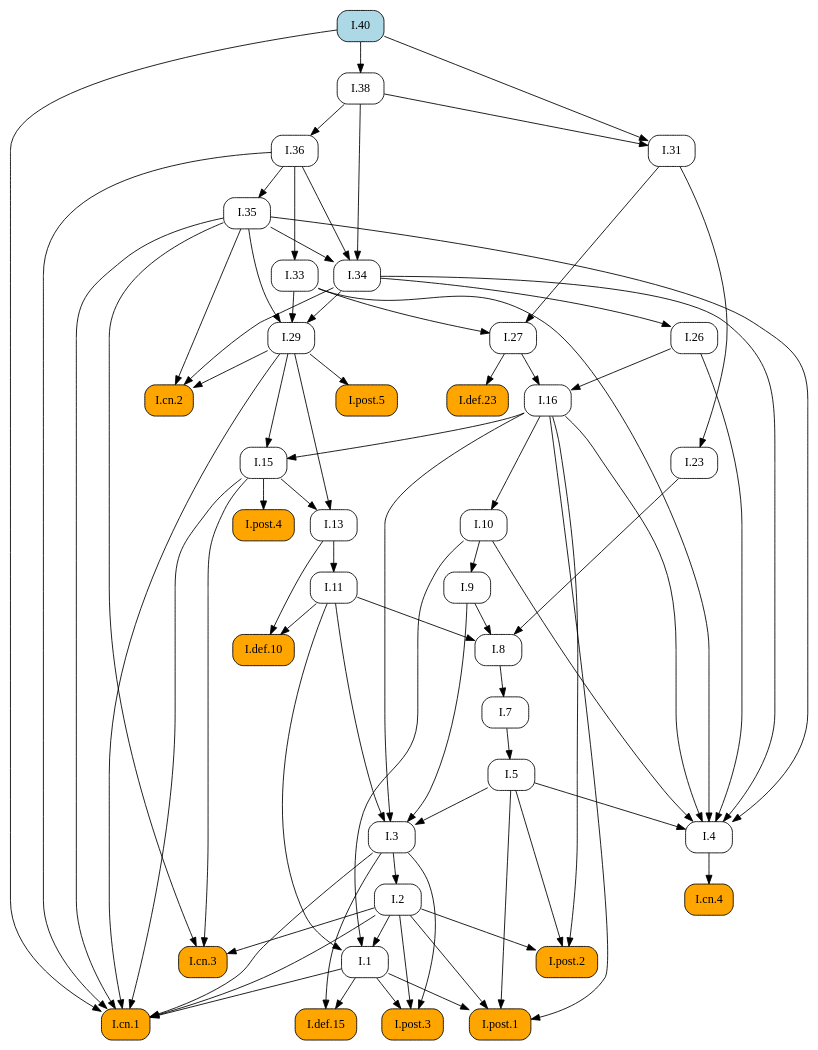
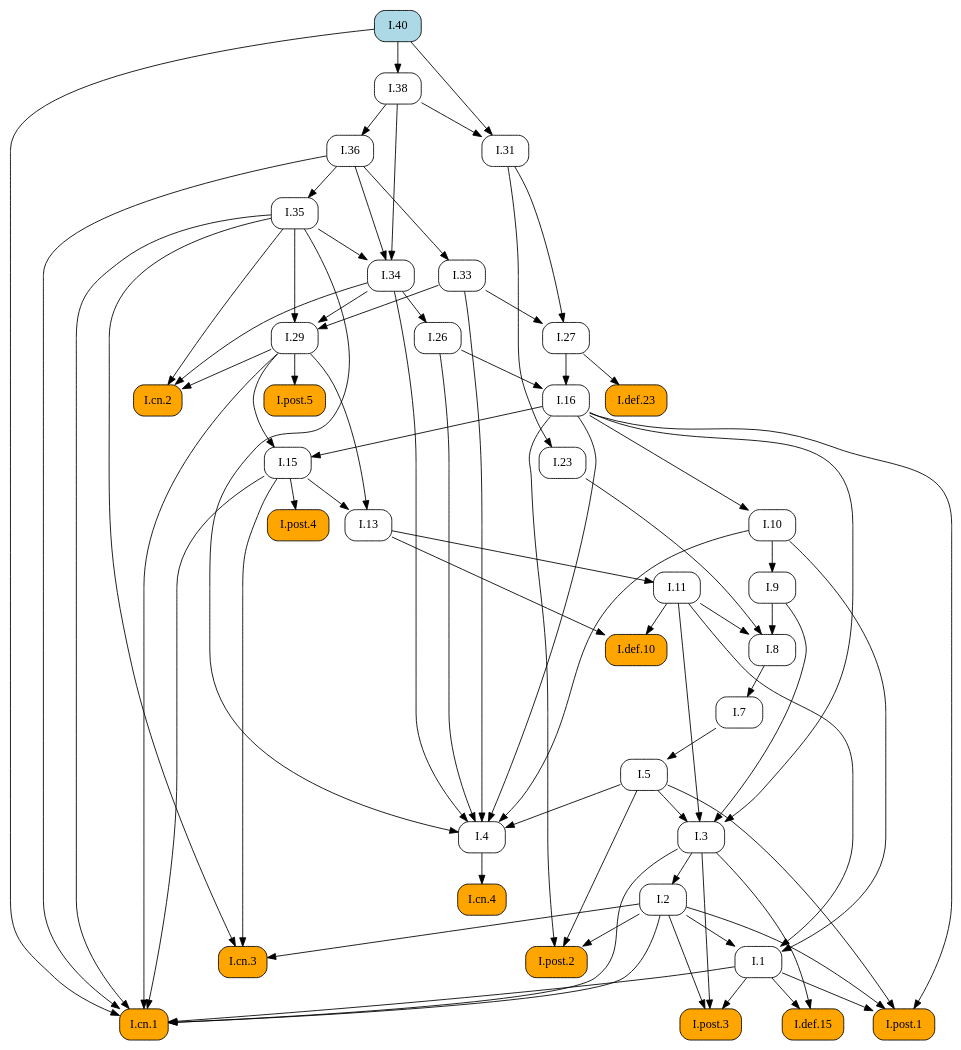
The diagram in docsrc/elements2/I/40/index.rst (geometor/elements), drawn with Graphviz before and after one commit. The commit also changed other lines of this file and 171 other files, not shown here.

```diff
--- a/docsrc/elements2/I/40/index.rst
+++ b/docsrc/elements2/I/40/index.rst
@@ -54,100 +54,82 @@
    digraph {
      rankdir="TB";
      node [shape=box, style=rounded];
+     "I.8" [URL="/elements2/I/8/", target="_top"];
+     "I.36" [URL="/elements2/I/36/", target="_top"];
+     "I.post.1" [style="rounded,filled", fillcolor=orange, URL="/elements2/I/post.1/", target="_top"];
+     "I.33" [URL="/elements2/I/33/", target="_top"];
+     "I.5" [URL="/elements2/I/5/", target="_top"];
+     "I.38" [URL="/elements2/I/38/", target="_top"];
+     "I.post.5" [style="rounded,filled", fillcolor=orange, URL="/elements2/I/post.5/", target="_top"];
      "I.def.10" [style="rounded,filled", fillcolor=orange, URL="/elements2/I/def.10/", target="_top"];
+     "I.cn.2" [style="rounded,filled", fillcolor=orange, URL="/elements2/I/cn.2/", target="_top"];
+     "I.def.15" [style="rounded,filled", fillcolor=orange, URL="/elements2/I/def.15/", target="_top"];
+     "I.31" [URL="/elements2/I/31/", target="_top"];
+     "I.11" [URL="/elements2/I/11/", target="_top"];
+     "I.3" [URL="/elements2/I/3/", target="_top"];
+     "I.def.23" [style="rounded,filled", fillcolor=orange, URL="/elements2/I/def.23/", target="_top"];
+     "I.post.2" [style="rounded,filled", fillcolor=orange, URL="/elements2/I/post.2/", target="_top"];
+     "I.26" [URL="/elements2/I/26/", target="_top"];
+     "I.cn.3" [style="rounded,filled", fillcolor=orange, URL="/elements2/I/cn.3/", target="_top"];
+     "I.cn.4" [style="rounded,filled", fillcolor=orange, URL="/elements2/I/cn.4/", target="_top"];
+     "I.1" [URL="/elements2/I/1/", target="_top"];
+     "I.7" [URL="/elements2/I/7/", target="_top"];
+     "I.9" [URL="/elements2/I/9/", target="_top"];
+     "I.40" [style="rounded,filled", fillcolor=lightblue, URL="/elements2/I/40/", target="_top"];
+     "I.cn.1" [style="rounded,filled", fillcolor=orange, URL="/elements2/I/cn.1/", target="_top"];
+     "I.29" [URL="/elements2/I/29/", target="_top"];
+     "I.16" [URL="/elements2/I/16/", target="_top"];
+     "I.post.4" [style="rounded,filled", fillcolor=orange, URL="/elements2/I/post.4/", target="_top"];
+     "I.13" [URL="/elements2/I/13/", target="_top"];
+     "I.35" [URL="/elements2/I/35/", target="_top"];
+     "I.2" [URL="/elements2/I/2/", target="_top"];
+     "I.27" [URL="/elements2/I/27/", target="_top"];
+     "I.4" [URL="/elements2/I/4/", target="_top"];
+     "I.10" [URL="/elements2/I/10/", target="_top"];
+     "I.15" [URL="/elements2/I/15/", target="_top"];
      "I.34" [URL="/elements2/I/34/", target="_top"];
-     "I.cn.4" [style="rounded,filled", fillcolor=orange, URL="/elements2/I/cn.4/", target="_top"];
-     "I.def.15" [style="rounded,filled", fillcolor=orange, URL="/elements2/I/def.15/", target="_top"];
+     "I.23" [URL="/elements2/I/23/", target="_top"];
      "I.post.3" [style="rounded,filled", fillcolor=orange, URL="/elements2/I/post.3/", target="_top"];
-     "I.36" [URL="/elements2/I/36/", target="_top"];
-     "I.27" [URL="/elements2/I/27/", target="_top"];
-     "I.post.2" [style="rounded,filled", fillcolor=orange, URL="/elements2/I/post.2/", target="_top"];
-     "I.13" [URL="/elements2/I/13/", target="_top"];
-     "I.10" [URL="/elements2/I/10/", target="_top"];
-     "I.post.1" [style="rounded,filled", fillcolor=orange, URL="/elements2/I/post.1/", target="_top"];
-     "I.7" [URL="/elements2/I/7/", target="_top"];
-     "I.11" [URL="/elements2/I/11/", target="_top"];
-     "I.40" [style="rounded,filled", fillcolor=lightblue, URL="/elements2/I/40/", target="_top"];
-     "I.4" [URL="/elements2/I/4/", target="_top"];
-     "I.16" [URL="/elements2/I/16/", target="_top"];
-     "I.def.23" [style="rounded,filled", fillcolor=orange, URL="/elements2/I/def.23/", target="_top"];
-     "I.9" [URL="/elements2/I/9/", target="_top"];
-     "I.38" [URL="/elements2/I/38/", target="_top"];
-     "I.8" [URL="/elements2/I/8/", target="_top"];
-     "I.23" [URL="/elements2/I/23/", target="_top"];
-     "I.26" [URL="/elements2/I/26/", target="_top"];
-     "I.cn.2" [style="rounded,filled", fillcolor=orange, URL="/elements2/I/cn.2/", target="_top"];
-     "I.15" [URL="/elements2/I/15/", target="_top"];
-     "I.post.5" [style="rounded,filled", fillcolor=orange, URL="/elements2/I/post.5/", target="_top"];
-     "I.2" [URL="/elements2/I/2/", target="_top"];
-     "I.1" [URL="/elements2/I/1/", target="_top"];
-     "I.35" [URL="/elements2/I/35/", target="_top"];
-     "I.33" [URL="/elements2/I/33/", target="_top"];
-     "I.31" [URL="/elements2/I/31/", target="_top"];
-     "I.post.4" [style="rounded,filled", fillcolor=orange, URL="/elements2/I/post.4/", target="_top"];
-     "I.cn.1" [style="rounded,filled", fillcolor=orange, URL="/elements2/I/cn.1/", target="_top"];
-     "I.3" [URL="/elements2/I/3/", target="_top"];
-     "I.cn.3" [style="rounded,filled", fillcolor=orange, URL="/elements2/I/cn.3/", target="_top"];
-     "I.29" [URL="/elements2/I/29/", target="_top"];
-     "I.5" [URL="/elements2/I/5/", target="_top"];
-     "I.11" -> "I.def.10";
-     "I.13" -> "I.def.10";
-     "I.35" -> "I.34";
-     "I.36" -> "I.34";
-     "I.38" -> "I.34";
-     "I.4" -> "I.cn.4";
-     "I.1" -> "I.def.15";
-     "I.3" -> "I.def.15";
-     "I.1" -> "I.post.3";
-     "I.2" -> "I.post.3";
-     "I.3" -> "I.post.3";
+     "I.9" -> "I.8";
+     "I.11" -> "I.8";
+     "I.23" -> "I.8";
      "I.38" -> "I.36";
-     "I.31" -> "I.27";
-     "I.33" -> "I.27";
-     "I.2" -> "I.post.2";
-     "I.5" -> "I.post.2";
-     "I.16" -> "I.post.2";
-     "I.15" -> "I.13";
-     "I.29" -> "I.13";
-     "I.16" -> "I.10";
      "I.1" -> "I.post.1";
      "I.2" -> "I.post.1";
      "I.5" -> "I.post.1";
      "I.16" -> "I.post.1";
-     "I.8" -> "I.7";
-     "I.13" -> "I.11";
-     "I.5" -> "I.4";
-     "I.10" -> "I.4";
-     "I.16" -> "I.4";
-     "I.26" -> "I.4";
-     "I.33" -> "I.4";
-     "I.34" -> "I.4";
-     "I.35" -> "I.4";
-     "I.26" -> "I.16";
-     "I.27" -> "I.16";
-     "I.27" -> "I.def.23";
-     "I.10" -> "I.9";
+     "I.36" -> "I.33";
+     "I.7" -> "I.5";
      "I.40" -> "I.38";
-     "I.9" -> "I.8";
-     "I.11" -> "I.8";
-     "I.23" -> "I.8";
-     "I.31" -> "I.23";
-     "I.34" -> "I.26";
+     "I.29" -> "I.post.5";
+     "I.11" -> "I.def.10";
+     "I.13" -> "I.def.10";
      "I.29" -> "I.cn.2";
      "I.34" -> "I.cn.2";
      "I.35" -> "I.cn.2";
-     "I.16" -> "I.15";
-     "I.29" -> "I.15";
-     "I.29" -> "I.post.5";
-     "I.3" -> "I.2";
+     "I.1" -> "I.def.15";
+     "I.3" -> "I.def.15";
+     "I.38" -> "I.31";
+     "I.40" -> "I.31";
+     "I.13" -> "I.11";
+     "I.5" -> "I.3";
+     "I.9" -> "I.3";
+     "I.11" -> "I.3";
+     "I.16" -> "I.3";
+     "I.27" -> "I.def.23";
+     "I.2" -> "I.post.2";
+     "I.5" -> "I.post.2";
+     "I.16" -> "I.post.2";
+     "I.34" -> "I.26";
+     "I.2" -> "I.cn.3";
+     "I.15" -> "I.cn.3";
+     "I.35" -> "I.cn.3";
+     "I.4" -> "I.cn.4";
      "I.2" -> "I.1";
      "I.10" -> "I.1";
      "I.11" -> "I.1";
-     "I.36" -> "I.35";
-     "I.36" -> "I.33";
-     "I.38" -> "I.31";
-     "I.40" -> "I.31";
-     "I.15" -> "I.post.4";
+     "I.8" -> "I.7";
+     "I.10" -> "I.9";
      "I.1" -> "I.cn.1";
      "I.2" -> "I.cn.1";
      "I.3" -> "I.cn.1";
@@ -156,15 +138,33 @@
      "I.35" -> "I.cn.1";
      "I.36" -> "I.cn.1";
      "I.40" -> "I.cn.1";
-     "I.5" -> "I.3";
-     "I.9" -> "I.3";
-     "I.11" -> "I.3";
-     "I.16" -> "I.3";
-     "I.2" -> "I.cn.3";
-     "I.15" -> "I.cn.3";
-     "I.35" -> "I.cn.3";
      "I.33" -> "I.29";
      "I.34" -> "I.29";
      "I.35" -> "I.29";
-     "I.7" -> "I.5";
+     "I.26" -> "I.16";
+     "I.27" -> "I.16";
+     "I.15" -> "I.post.4";
+     "I.15" -> "I.13";
+     "I.29" -> "I.13";
+     "I.36" -> "I.35";
+     "I.3" -> "I.2";
+     "I.31" -> "I.27";
+     "I.33" -> "I.27";
+     "I.5" -> "I.4";
+     "I.10" -> "I.4";
+     "I.16" -> "I.4";
+     "I.26" -> "I.4";
+     "I.33" -> "I.4";
+     "I.34" -> "I.4";
+     "I.35" -> "I.4";
+     "I.16" -> "I.10";
+     "I.16" -> "I.15";
+     "I.29" -> "I.15";
+     "I.35" -> "I.34";
+     "I.36" -> "I.34";
+     "I.38" -> "I.34";
+     "I.31" -> "I.23";
+     "I.1" -> "I.post.3";
+     "I.2" -> "I.post.3";
+     "I.3" -> "I.post.3";
    }
```
